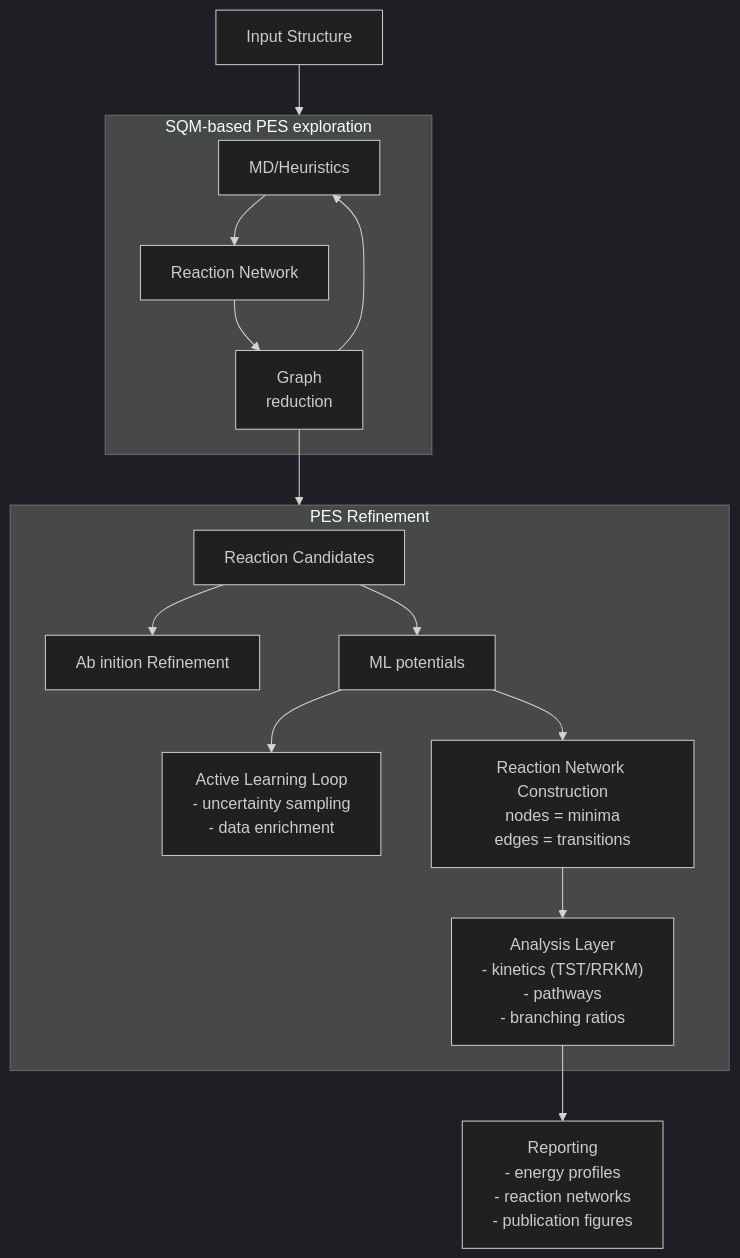
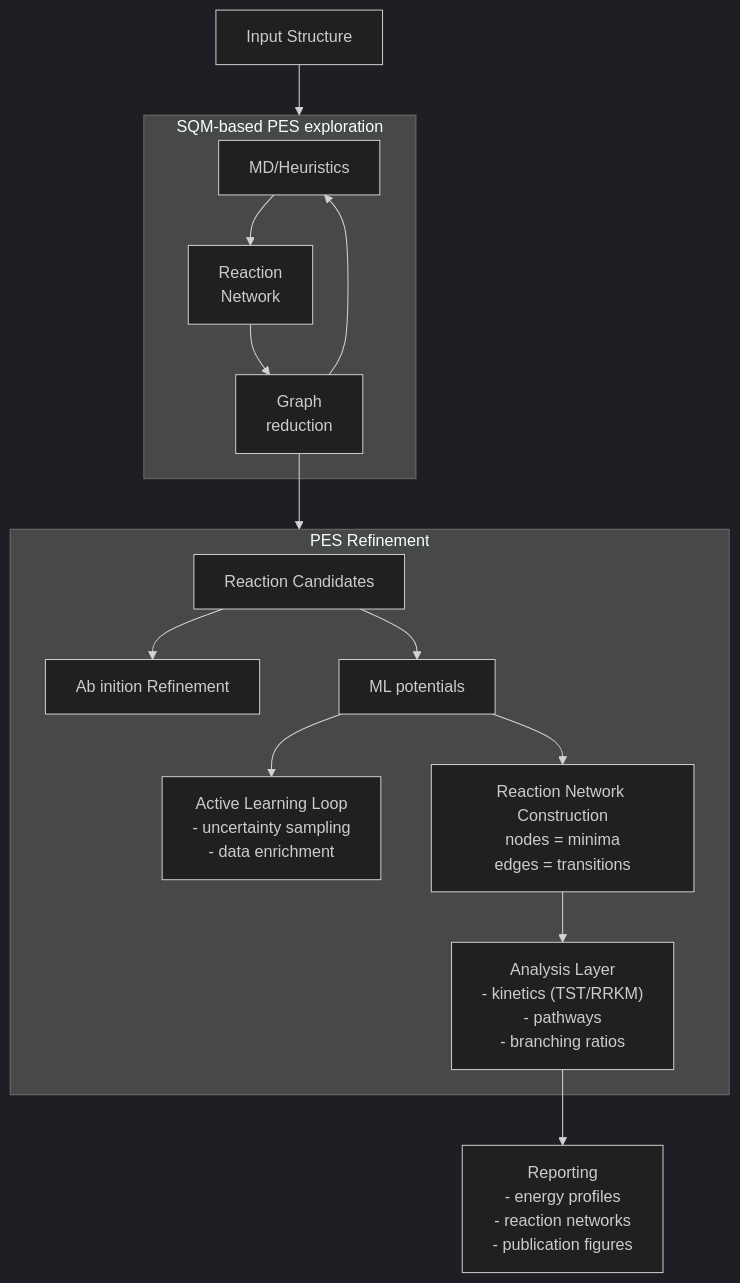
Before and after one commit to emartineznunez/mermaid: the diagram in diagrams/diagrama.mmd, drawn with Mermaid (dark theme).

```diff
--- a/diagrams/diagrama.mmd
+++ b/diagrams/diagrama.mmd
@@ -1,57 +1,57 @@
 flowchart TD
 
 %% =========================
 %% Input
 %% =========================
 A["Input Structure"]
 
 %% =========================
 %% Exploration layer
 %% =========================
 subgraph EXP[SQM-based PES exploration]
 B1["MD/Heuristics"]
-B1 --> B2["Reaction Network"]
+B1 --> B2["Reaction\n Network"]
 B2 --> B3["Graph\n reduction"]
 B3 --> B1
 end
 
 A --> EXP
 
 %% =========================
 %% Refinement layer
 %% =========================
 subgraph REF[PES Refinement]
 
 %% =========================
 %% Reaction discovery
 %% =========================
 C[Reaction Candidates]
 
 %% =========================
 %% Refinement
 %% =========================
 C --> D["Ab inition Refinement"]
 C --> E["ML potentials"]
 
 %% =========================
 %% Active learning loop
 %% =========================
 E --> F["Active Learning Loop\n- uncertainty sampling\n- data enrichment"]
 
 %% =========================
 %% Network construction
 %% =========================
 E --> G["Reaction Network Construction\nnodes = minima\nedges = transitions"]
 
 %% =========================
 %% Analysis
 %% =========================
 G --> H["Analysis Layer\n- kinetics (TST/RRKM)\n- pathways\n- branching ratios"]
 end 
 
 B3 --> REF 
 
 %% =========================
 %% Output
 %% =========================
 H --> I["Reporting\n- energy profiles\n- reaction networks\n- publication figures"]
```
